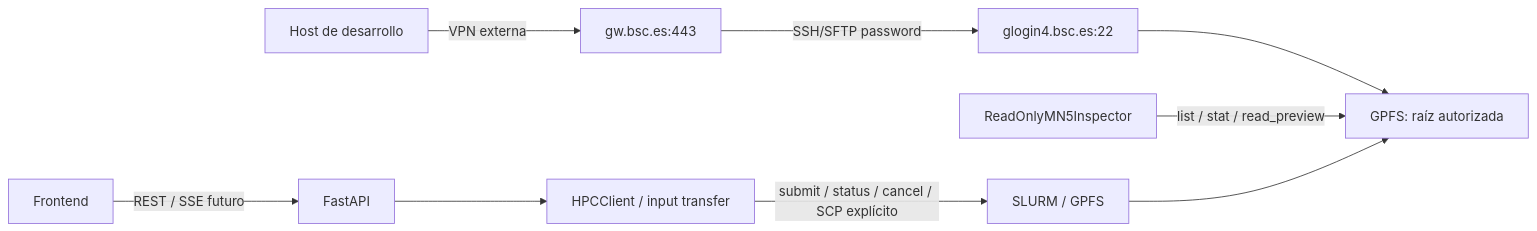
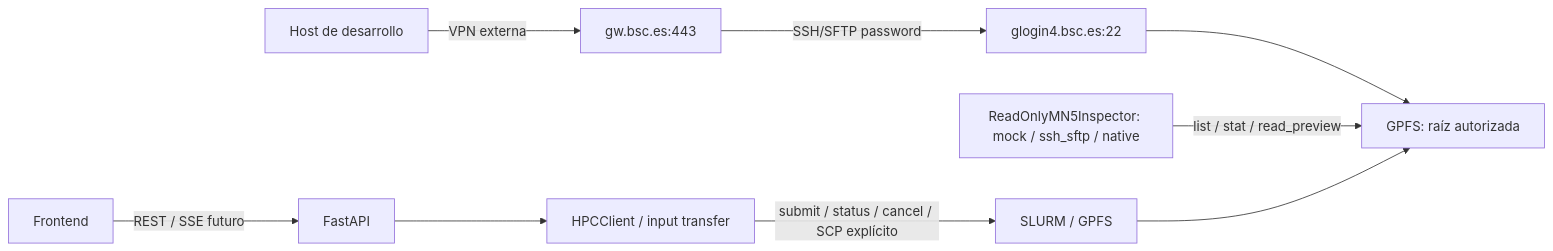
Before and after one commit to Cruz1122/residue-annotation-platform: the diagram in docs/mn5-current-state.md, drawn with Mermaid. The commit also changed other lines of this file and 3 other files, not shown here.

Commit message:
docs: describe explicit read-only MN5 drivers

````diff
--- a/docs/mn5-current-state.md
+++ b/docs/mn5-current-state.md
@@ -48,11 +48,11 @@
 ```mermaid
 flowchart LR
     Host[Host de desarrollo] -->|VPN externa| VPN[gw.bsc.es:443]
     VPN -->|SSH/SFTP password| Login[glogin4.bsc.es:22]
     Login --> Root[GPFS: raíz autorizada]
-    Inspector[ReadOnlyMN5Inspector] -->|list / stat / read_preview| Root
+    Inspector[ReadOnlyMN5Inspector: mock / ssh_sftp / native] -->|list / stat / read_preview| Root
     Worker[HPCClient / input transfer] -->|submit / status / cancel / SCP explícito| Slurm[SLURM / GPFS]
     Slurm --> Root
     API[FastAPI] --> Worker
     Browser[Frontend] -->|REST / SSE futuro| API
 ```
````
